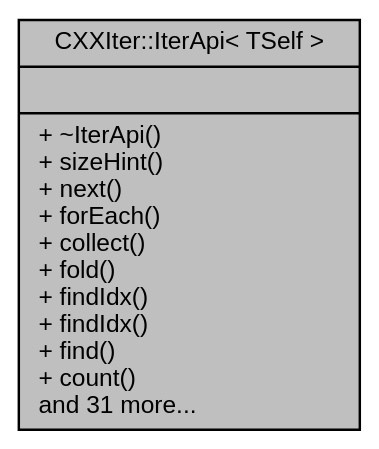
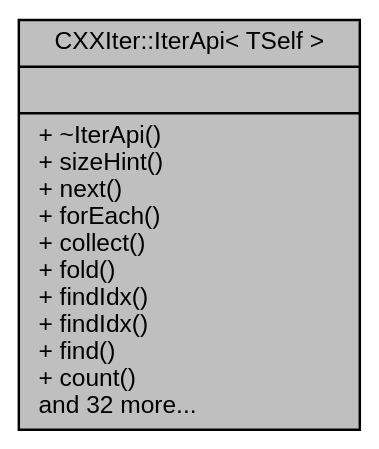
Before and after one commit to seijikun/CXXIter: the diagram in classCXXIter_1_1IterApi__coll__graph.dot, drawn with Graphviz. The commit also changed 78 other files, not shown here.

```diff
--- a/classCXXIter_1_1IterApi__coll__graph.dot
+++ b/classCXXIter_1_1IterApi__coll__graph.dot
@@ -1,9 +1,9 @@
 digraph "CXXIter::IterApi&lt; TSelf &gt;"
 {
  // INTERACTIVE_SVG=YES
  // LATEX_PDF_SIZE
   bgcolor="transparent";
   edge [fontname="Helvetica",fontsize="10",labelfontname="Helvetica",labelfontsize="10"];
   node [fontname="Helvetica",fontsize="10",shape=record];
-  Node1 [label="{CXXIter::IterApi\< TSelf \>\n||+ ~IterApi()\l+ sizeHint()\l+ next()\l+ forEach()\l+ collect()\l+ fold()\l+ findIdx()\l+ findIdx()\l+ find()\l+ count()\land 31 more...\l}",height=0.2,width=0.4,color="black", fillcolor="grey75", style="filled", fontcolor="black",tooltip="Public Iterator API surface."];
+  Node1 [label="{CXXIter::IterApi\< TSelf \>\n||+ ~IterApi()\l+ sizeHint()\l+ next()\l+ forEach()\l+ collect()\l+ fold()\l+ findIdx()\l+ findIdx()\l+ find()\l+ count()\land 32 more...\l}",height=0.2,width=0.4,color="black", fillcolor="grey75", style="filled", fontcolor="black",tooltip="Public Iterator API surface."];
 }
```
